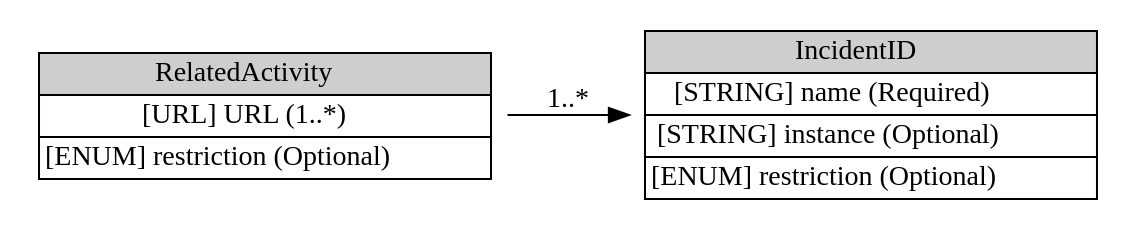
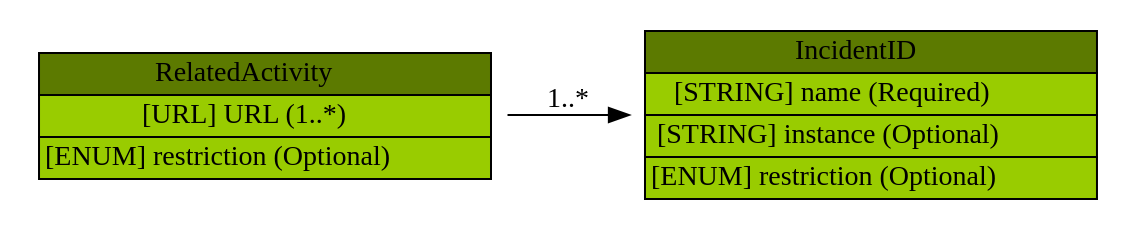
Before and after one commit to Moutix/idmef_parser: the diagram in iodef/graph/RelatedActivity.dot, drawn with Graphviz. The commit also changed 271 other files, not shown here.

Commit message:
Add color in IODEF diagram

```diff
--- a/iodef/graph/RelatedActivity.dot
+++ b/iodef/graph/RelatedActivity.dot
@@ -1,8 +1,8 @@
 digraph RelatedActivity {
 	graph [rankdir=LR];
 	node [label="\N"];
 	graph [bb="0,0,522,88"];
-	RelatedActivity [label=<<table BORDER="0" CELLBORDER="1" CELLSPACING="0"> <tr > <td BGCOLOR="#CECECE" HREF="#" TITLE="The RelatedActivity class lists either incident tracking numbers of incidents or URLs (not both) that refer to activity related to the one described in the IODEF document. These references may be to local incident tracking numbers or to those of other CSIRTs. ">RelatedActivity</td> </tr>" %<tr><td HREF="#" TITLE="A URL to activity related to this incident.">[URL] URL (1..*) </td></tr>%<tr><td HREF="#" TITLE="This attribute has been defined in Section 3.2.">[ENUM] restriction (Optional) </td></tr>%</table>>, shape=plaintext, pos="115,44", width="3.1667", height="0.95833"];
-	IncidentID [label=<<table BORDER="0" CELLBORDER="1" CELLSPACING="0"> <tr > <td BGCOLOR="#CECECE" HREF="#" TITLE="The IncidentID class represents an incident tracking number that is unique in the context of the CSIRT and identifies the activity characterized in an IODEF Document. This identifier would serve as an index into the CSIRT incident handling system. The combination of the name attribute and the string in the element content MUST be a globally unique identifier describing the activity. Documents generated by a given CSIRT MUST NOT reuse the same value unless they are referencing the same incident. ">IncidentID</td> </tr>" %<tr><td HREF="#" TITLE="An identifier describing the CSIRT that created the document.  In order to have a globally unique CSIRT name, the fully qualified domain name associated with the CSIRT MUST be used.">[STRING] name (Required) </td></tr>%<tr><td HREF="#" TITLE="An identifier referencing a subset of the named incident.">[STRING] instance (Optional) </td></tr>%<tr><td HREF="#" TITLE="This attribute has been defined in Section 3.2.">[ENUM] restriction (Optional) </td></tr>%</table>>, shape=plaintext, pos="407,44", width="3.1667", height="1.2361"];
+	RelatedActivity [label=<<table BORDER="0" CELLBORDER="1" CELLSPACING="0"> <tr > <td BGCOLOR="#5c7a00" HREF="#" TITLE="The RelatedActivity class lists either incident tracking numbers of incidents or URLs (not both) that refer to activity related to the one described in the IODEF document. These references may be to local incident tracking numbers or to those of other CSIRTs. ">RelatedActivity</td> </tr>" %<tr><td BGCOLOR="#99CC00" HREF="#" TITLE="A URL to activity related to this incident.">[URL] URL (1..*) </td></tr>%<tr><td BGCOLOR="#99CC00" HREF="#" TITLE="This attribute has been defined in Section 3.2.">[ENUM] restriction (Optional) </td></tr>%</table>>, shape=plaintext, pos="115,44", width="3.1667", height="0.95833"];
+	IncidentID [label=<<table BORDER="0" CELLBORDER="1" CELLSPACING="0"> <tr > <td BGCOLOR="#5c7a00" HREF="#" TITLE="The IncidentID class represents an incident tracking number that is unique in the context of the CSIRT and identifies the activity characterized in an IODEF Document. This identifier would serve as an index into the CSIRT incident handling system. The combination of the name attribute and the string in the element content MUST be a globally unique identifier describing the activity. Documents generated by a given CSIRT MUST NOT reuse the same value unless they are referencing the same incident. ">IncidentID</td> </tr>" %<tr><td BGCOLOR="#99CC00" HREF="#" TITLE="An identifier describing the CSIRT that created the document.  In order to have a globally unique CSIRT name, the fully qualified domain name associated with the CSIRT MUST be used.">[STRING] name (Required) </td></tr>%<tr><td BGCOLOR="#99CC00" HREF="#" TITLE="An identifier referencing a subset of the named incident.">[STRING] instance (Optional) </td></tr>%<tr><td BGCOLOR="#99CC00" HREF="#" TITLE="This attribute has been defined in Section 3.2.">[ENUM] restriction (Optional) </td></tr>%</table>>, shape=plaintext, pos="407,44", width="3.1667", height="1.2361"];
 	RelatedActivity -> IncidentID [label="1..*", pos="e,292.28,44 229.57,44 246.8,44 264.64,44 282.07,44", lp="261,52.5"];
 }
```
